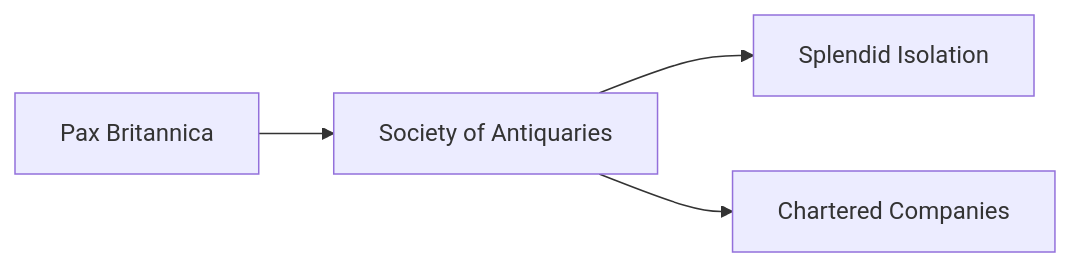
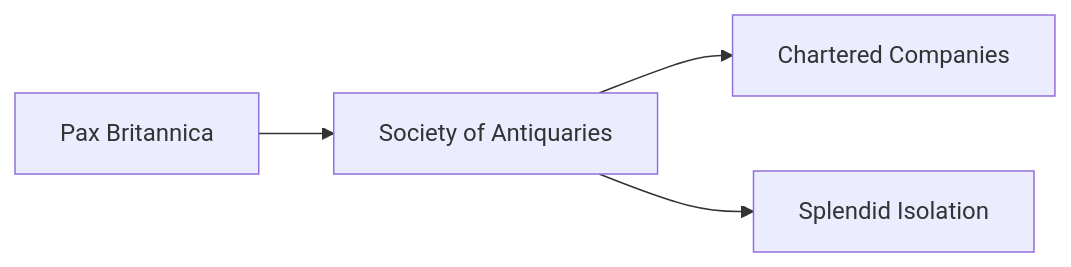
The diagram in Civilizations - Modern/Great Britain.md (Donnervogel98/Civilization-VII---Obsidian-Vault), drawn with Mermaid before and after one commit. The commit also changed other lines of this file and 8 other files, not shown here.

````diff
--- a/Civilizations - Modern/Great Britain.md
+++ b/Civilizations - Modern/Great Britain.md
@@ -93,6 +100,6 @@
 ```mermaid
 graph LR;
 	A[Pax Britannica] --> B[Society of Antiquaries];
-	B --> C[Splendid Isolation];
-	B --> D[Chartered Companies];
+	B --> C[Chartered Companies];
+	B --> D[Splendid Isolation];
 ```
````
